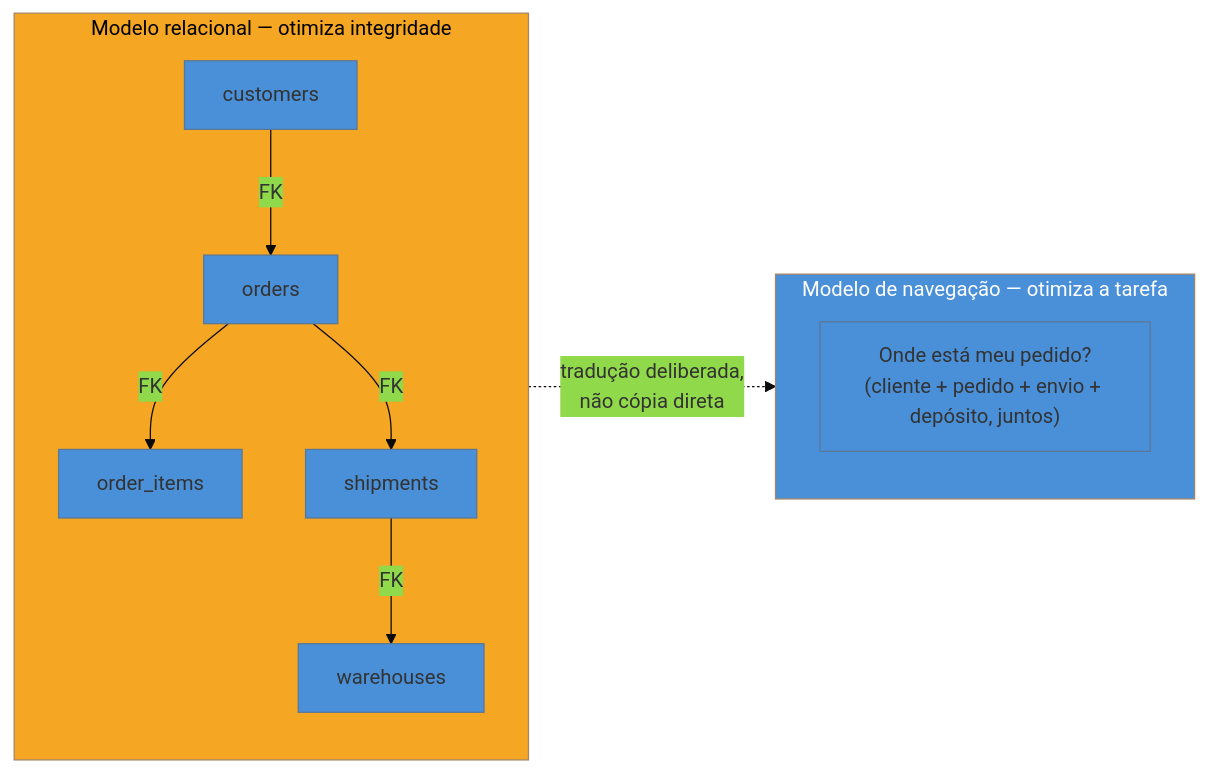
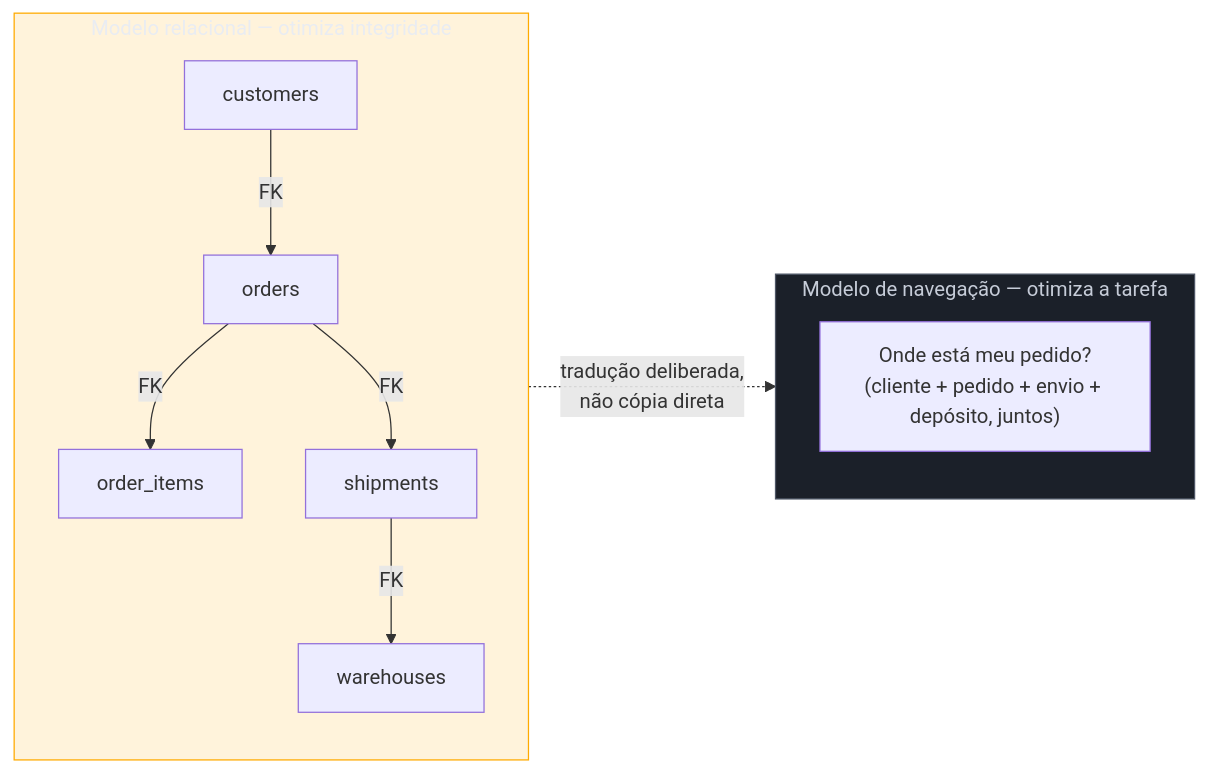
One commit to josenaldo/codex-technomanticus changed the diagram in 03-Dominios/Engenharia/UX/Arquitetura de Informação/16 - Schema de banco não é estrutura de navegação.md. Above: the diagram before and after it, drawn with Mermaid. The commit also changed 1181 other files, not shown here.

First line of the commit message:
fix(diagramas): paleta do sistema no lugar de cor cravada no markdown

````diff
--- a/03-Dominios/Engenharia/UX/Arquitetura de Informação/16 - Schema de banco não é estrutura de navegação.md
+++ b/03-Dominios/Engenharia/UX/Arquitetura de Informação/16 - Schema de banco não é estrutura de navegação.md
@@ -28,16 +28,17 @@
 ```mermaid
-%%{init: {"theme": "base", "themeVariables": {"primaryColor": "#4A90D9"}}}%%
 graph LR
+    classDef destaque fill:#FFAA0024,stroke:#FFAA00,color:#E9ECF2
+    classDef neutro fill:#1B2029,stroke:#4E5666,color:#C6CCD8
     subgraph SB["Modelo relacional — otimiza integridade"]
         T1["customers"] -->|FK| T2["orders"]
         T2 -->|FK| T3["order_items"]
         T2 -->|FK| T4["shipments"]
         T4 -->|FK| T5["warehouses"]
     end
     subgraph NAV["Modelo de navegação — otimiza a tarefa"]
         M1["Onde está meu pedido?<br/>(cliente + pedido + envio + depósito, juntos)"]
     end
     SB -.->|"tradução deliberada,<br/>não cópia direta"| NAV
-    style SB fill:#F5A623,color:#000
-    style NAV fill:#4A90D9,color:#fff
+    class SB destaque
+    class NAV neutro
 ```
````
